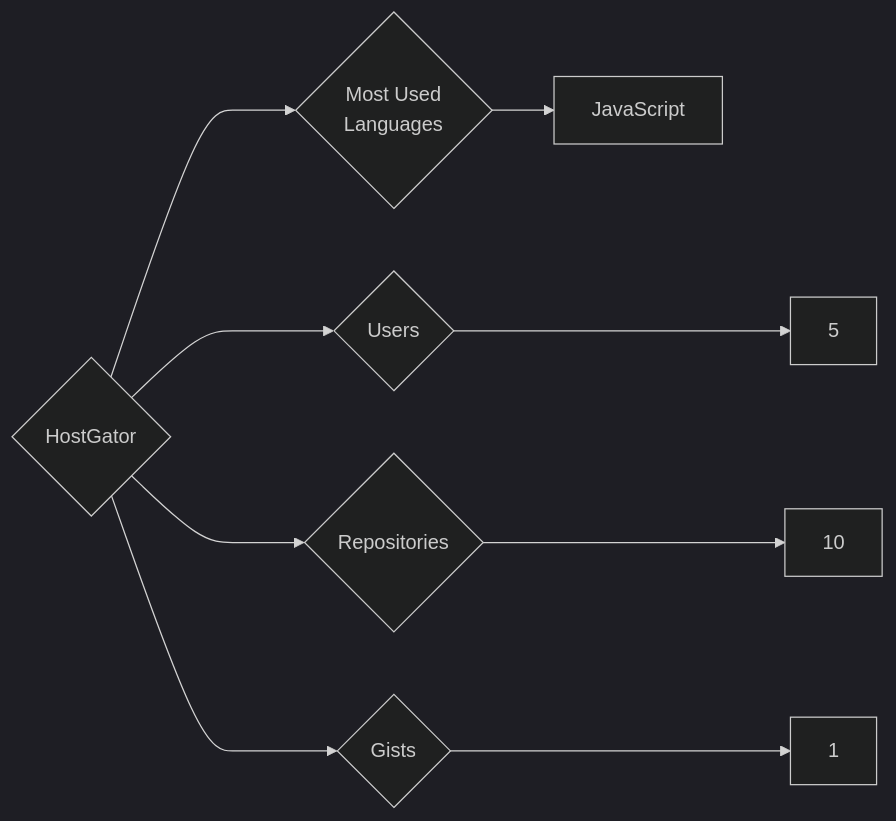
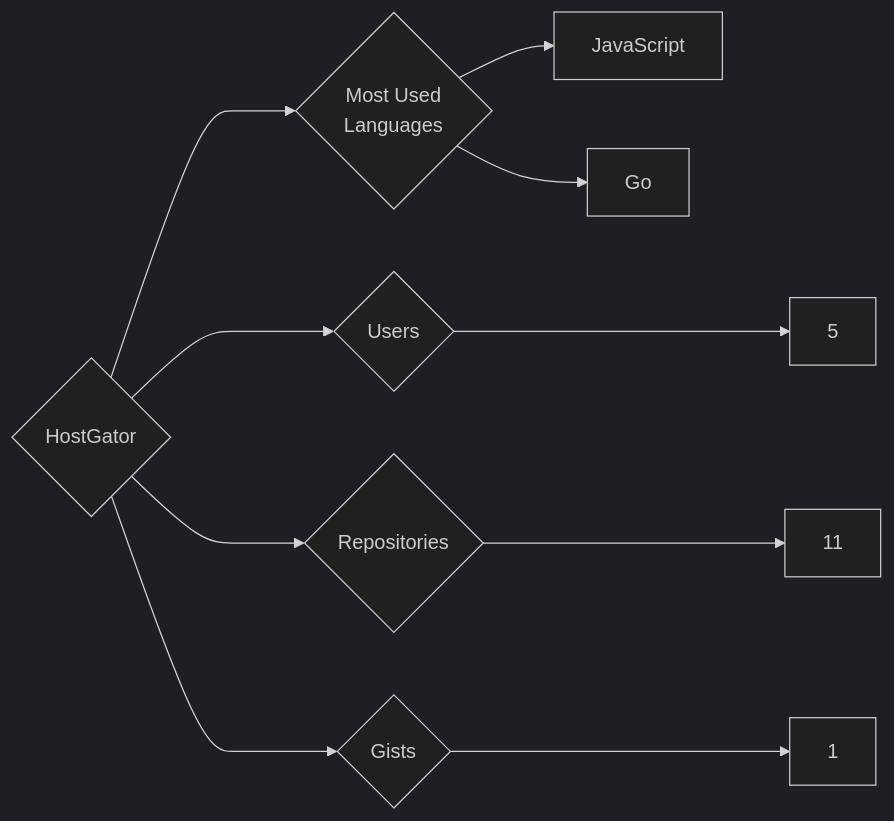
One commit to trickest/insiders changed the diagram in targets/HostGator/README.md. Above: the diagram before and after it, drawn with Mermaid (dark theme). The commit also changed 559 other files, not shown here.

````diff
--- a/targets/HostGator/README.md
+++ b/targets/HostGator/README.md
@@ -3,9 +3,10 @@
 ```mermaid
 graph LR
 COMPANY_NAME{HostGator}
 COMPANY_NAME ---> U{Users} ---> UN[5]
-COMPANY_NAME ---> R{Repositories} ---> RN[10]
+COMPANY_NAME ---> R{Repositories} ---> RN[11]
 COMPANY_NAME ---> G{Gists} ---> GN[1]
 COMPANY_NAME ---> ML{Most Used<br>Languages}
 ML --> JavaScript[JavaScript]
+ML --> Go[Go]
 ```
````
